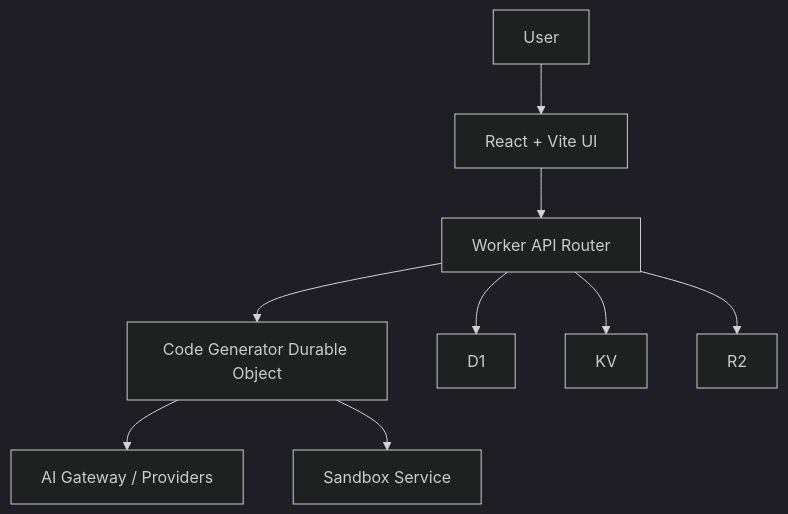
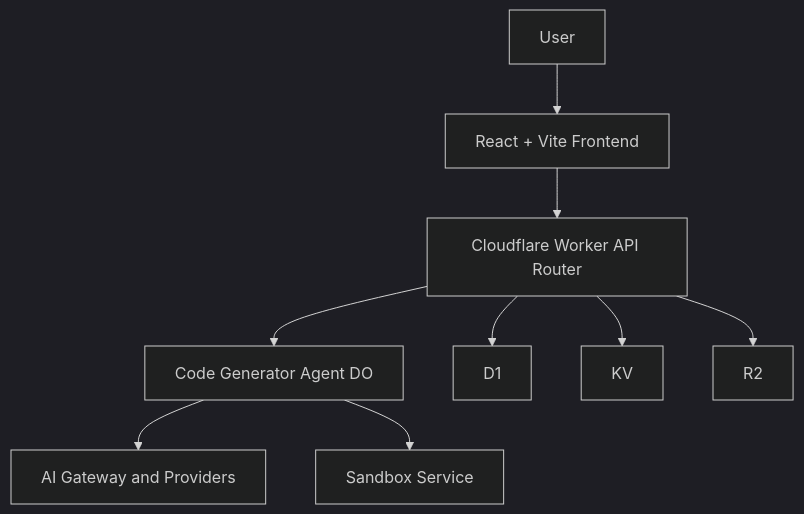
Before and after one commit to johnxie/awesome-code-docs: the diagram in tutorials/vibesdk-tutorial/02-system-architecture.md, drawn with Mermaid (dark theme). The commit also changed other lines of this file and 8 other files, not shown here.

````diff
--- a/tutorials/vibesdk-tutorial/02-system-architecture.md
+++ b/tutorials/vibesdk-tutorial/02-system-architecture.md
@@ -14,11 +23,11 @@
 ```mermaid
 graph TD
-    U[User] --> FE[React + Vite UI]
-    FE --> API[Worker API Router]
-    API --> AG[Code Generator Durable Object]
-    AG --> AI[AI Gateway / Providers]
+    U[User] --> FE[React + Vite Frontend]
+    FE --> API[Cloudflare Worker API Router]
+    API --> AG[Code Generator Agent DO]
+    AG --> AI[AI Gateway and Providers]
     AG --> SB[Sandbox Service]
     API --> D1[D1]
     API --> KV[KV]
     API --> R2[R2]
 ```
````
